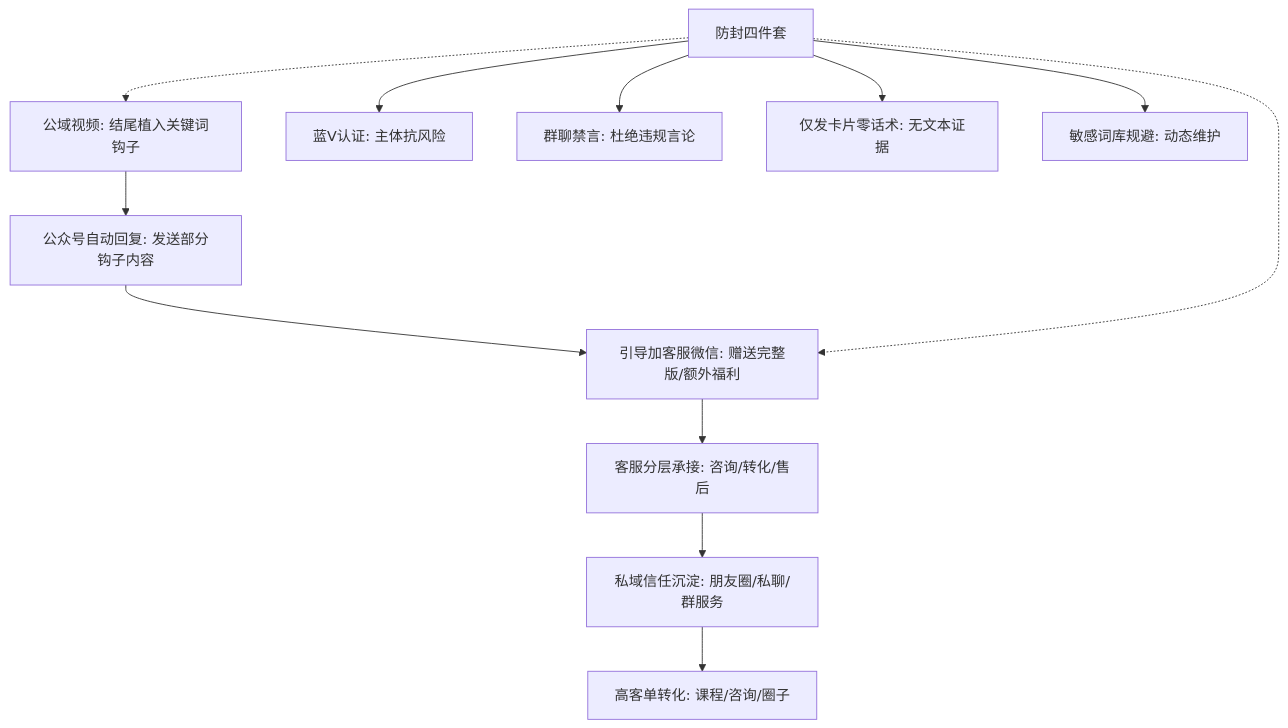
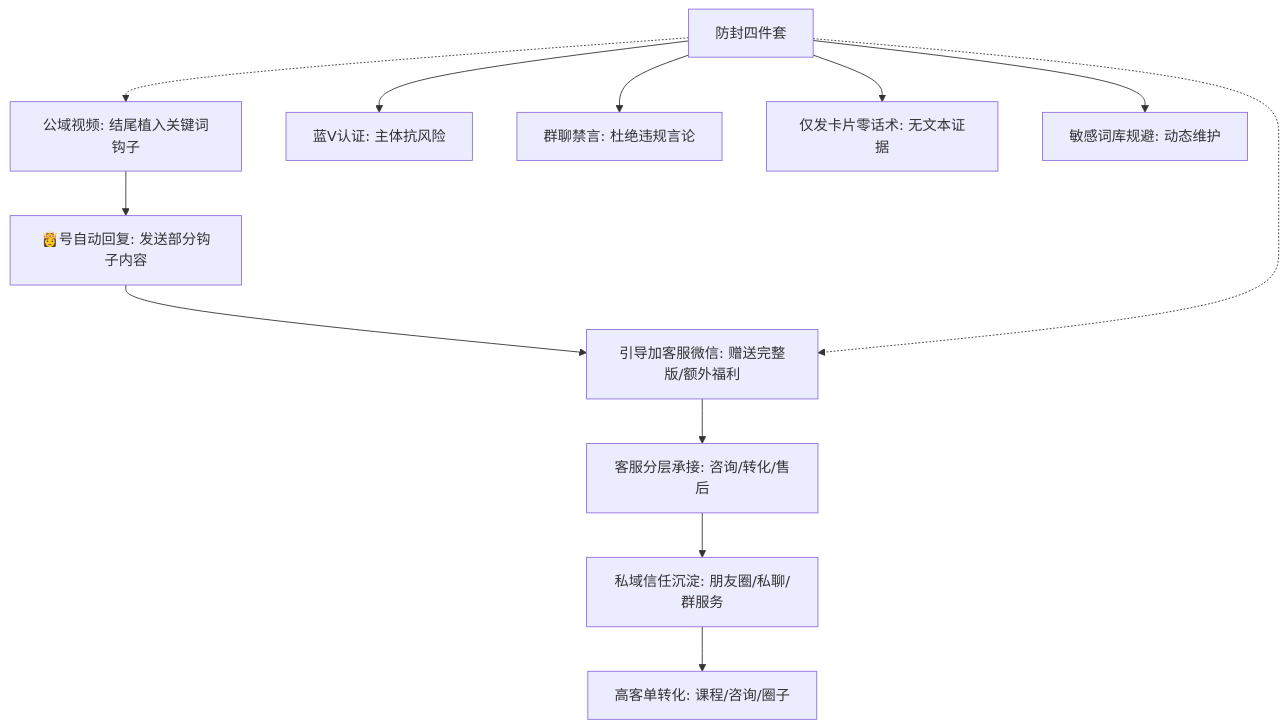
Before and after one commit to OpenDocCN1/flygon-zhuanqian-zhoubao: the sixth of 7 diagrams in docs/202305_paper2textbook/asset/body_fix_81d4ff6582c3709fd1824bc6f3f67e04_3b6a771da4f5389adf213161559e101b_557208d6017c291aa8b3c719cd878efc_eb42ffa0f8c1e302051067f5442f3f8a.md, drawn with Mermaid. The commit also changed other lines of this file and 6688 other files, not shown here.

````diff
--- a/docs/202305_paper2textbook/asset/body_fix_81d4ff6582c3709fd1824bc6f3f67e04_3b6a771da4f5389adf213161559e101b_557208d6017c291aa8b3c719cd878efc_eb42ffa0f8c1e302051067f5442f3f8a.md
+++ b/docs/202305_paper2textbook/asset/body_fix_81d4ff6582c3709fd1824bc6f3f67e04_3b6a771da4f5389adf213161559e101b_557208d6017c291aa8b3c719cd878efc_eb42ffa0f8c1e302051067f5442f3f8a.md
@@ -294,15 +294,15 @@
 ```mermaid
 flowchart TD
-    A[公域视频: 结尾植入关键词钩子] --> B[公众号自动回复: 发送部分钩子内容]
+    A[公域视频: 结尾植入关键词钩子] --> B[👸号自动回复: 发送部分钩子内容]
     B --> C[引导加客服微信: 赠送完整版/额外福利]
     C --> D[客服分层承接: 咨询/转化/售后]
     D --> E[私域信任沉淀: 朋友圈/私聊/群服务]
     E --> F[高客单转化: 课程/咨询/圈子]
     
     G[防封四件套] --> G1[蓝V认证: 主体抗风险]
     G --> G2[群聊禁言: 杜绝违规言论]
     G --> G3[仅发卡片零话术: 无文本证据]
     G --> G4[敏感词库规避: 动态维护]
     G -.-> A
     G -.-> C
 ```
````
